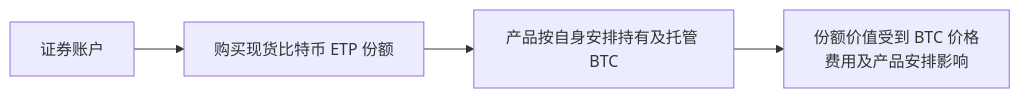
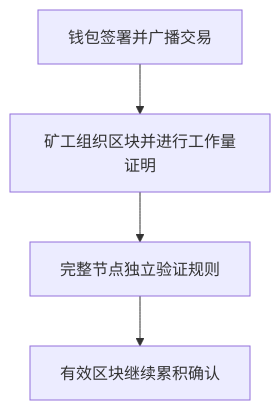
The diagram in 03-第三篇｜Crypto与链上金融/11-Bitcoin到底是什么.md (linshenwuqi/global-finance-infrastructure), drawn with Mermaid before and after one commit. The commit also changed other lines of this file and 20 other files, not shown here.

````diff
--- a/03-第三篇｜Crypto与链上金融/11-Bitcoin到底是什么.md
+++ b/03-第三篇｜Crypto与链上金融/11-Bitcoin到底是什么.md
@@ -184,6 +25,6 @@
 ```mermaid
-flowchart LR
-  A[证券账户] --> B[购买现货比特币 ETP 份额]
-  B --> C[产品按自身安排持有及托管 BTC]
-  C --> D[份额价值受到 BTC 价格<br/>费用及产品安排影响]
+flowchart TB
+  A[钱包签署并广播交易] --> B[矿工组织区块并进行工作量证明]
+  B --> C[完整节点独立验证规则]
+  C --> D[有效区块继续累积确认]
 ```
````
